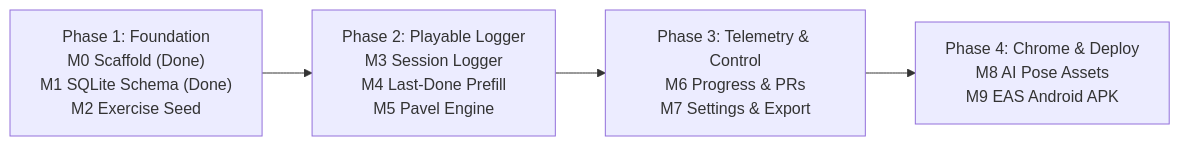
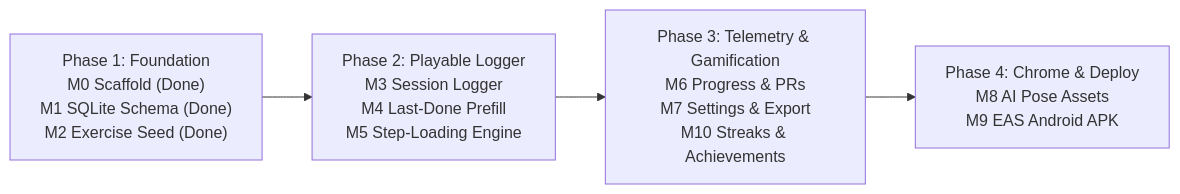
Before and after one commit to ccmueller355/shadowtrain: the diagram in docs/index.md, drawn with Mermaid. The commit also changed other lines of this file and 21 other files, not shown here.

First line of the commit message:
feat(m2): add core-kit exercise seed, import script, exerciseStore & equipment picker (#14)

````diff
--- a/docs/index.md
+++ b/docs/index.md
@@ -45,6 +45,6 @@
 ```mermaid
 flowchart LR
-  P1["Phase 1: Foundation\nM0 Scaffold (Done)\nM1 SQLite Schema (Done)\nM2 Exercise Seed"] --> P2["Phase 2: Playable Logger\nM3 Session Logger\nM4 Last-Done Prefill\nM5 Pavel Engine"]
-  P2 --> P3["Phase 3: Telemetry & Control\nM6 Progress & PRs\nM7 Settings & Export"]
+  P1["Phase 1: Foundation\nM0 Scaffold (Done)\nM1 SQLite Schema (Done)\nM2 Exercise Seed (Done)"] --> P2["Phase 2: Playable Logger\nM3 Session Logger\nM4 Last-Done Prefill\nM5 Step-Loading Engine"]
+  P2 --> P3["Phase 3: Telemetry & Gamification\nM6 Progress & PRs\nM7 Settings & Export\nM10 Streaks & Achievements"]
   P3 --> P4["Phase 4: Chrome & Deploy\nM8 AI Pose Assets\nM9 EAS Android APK"]
 ```
````
